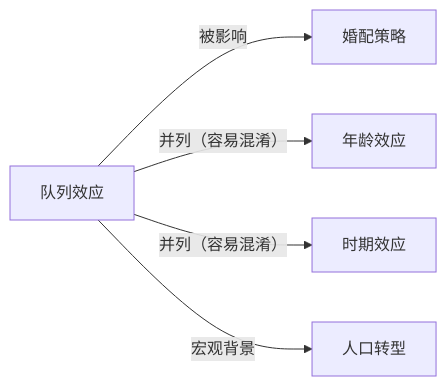
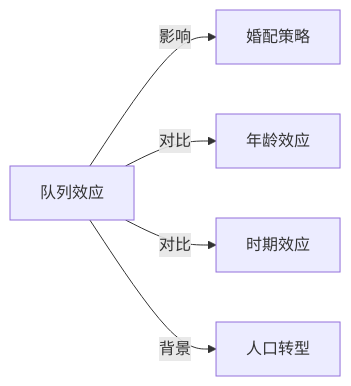
One commit to KIMMCHOW/MyKnowledge changed the diagram in Knowledge/Concepts/社会学/队列效应.md. Above: the diagram before and after it, drawn with Mermaid. The commit also changed 95 other files, not shown here.

Commit message:
reorganize: 统一关系图边标签为11类

````diff
--- a/Knowledge/Concepts/社会学/队列效应.md
+++ b/Knowledge/Concepts/社会学/队列效应.md
@@ -44,7 +44,7 @@
 ```mermaid
 graph LR
-队列效应 -->|被影响| 婚配策略
-队列效应 -->|并列（容易混淆）| 年龄效应
-队列效应 -->|并列（容易混淆）| 时期效应
-队列效应 -->|宏观背景| 人口转型
+队列效应 -->|影响| 婚配策略
+队列效应 -->|对比| 年龄效应
+队列效应 -->|对比| 时期效应
+队列效应 -->|背景| 人口转型
 ```
````
